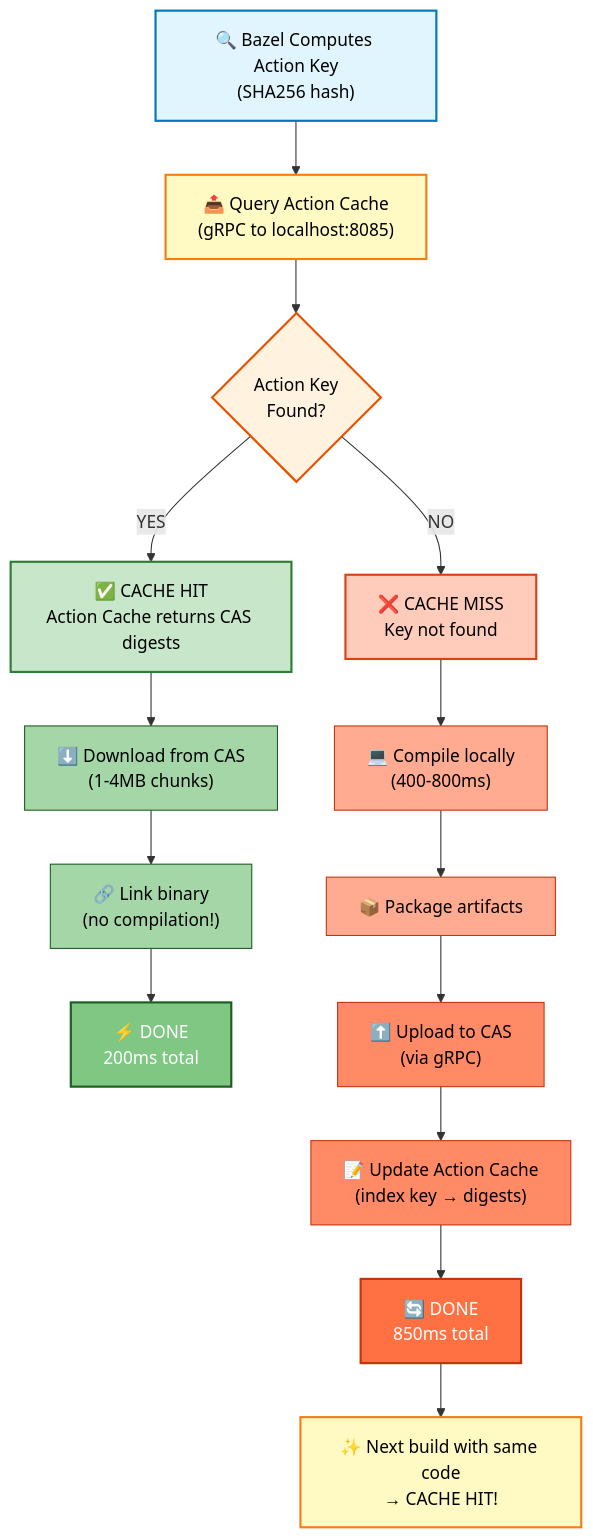
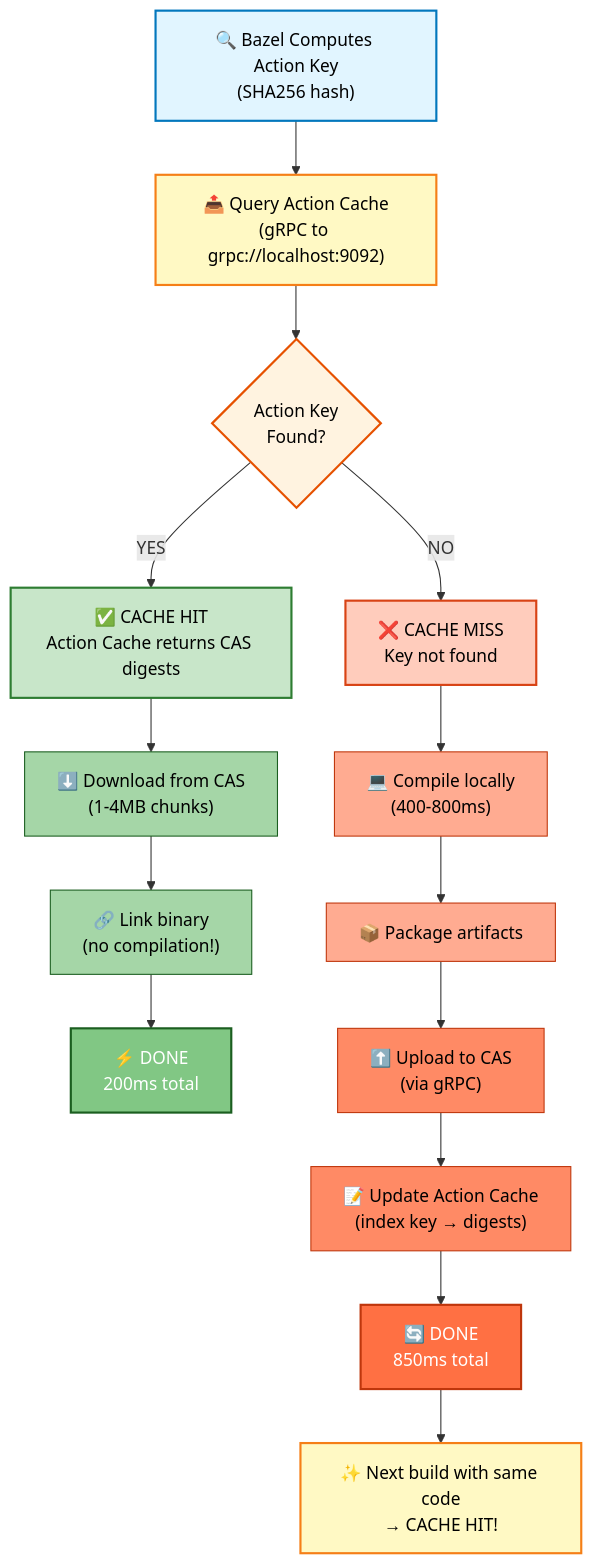
Before and after one commit to iakshayubale/bazel-infra-lab: the second of 2 diagrams in README.md, drawn with Mermaid. The commit also changed other lines of this file and 4 other files, not shown here.

````diff
--- a/README.md
+++ b/README.md
@@ -406,40 +406,40 @@
 ```mermaid
 graph TD
     Start["🔍 Bazel Computes Action Key<br/>(SHA256 hash)"]
     
-    Start --> Query["📤 Query Action Cache<br/>(gRPC to localhost:8085)"]
+    Start --> Query["📤 Query Action Cache<br/>(gRPC to grpc://localhost:9092)"]
     
     Query --> Decision{"Action Key<br/>Found?"}
     
     %% CACHE HIT PATH
     Decision -->|YES| Hit1["✅ CACHE HIT<br/>Action Cache returns CAS digests"]
     Hit1 --> Hit2["⬇️ Download from CAS<br/>(1-4MB chunks)"]
     Hit2 --> Hit3["🔗 Link binary<br/>(no compilation!)"]
     Hit3 --> Hit4["⚡ DONE<br/>200ms total"]
     
     %% CACHE MISS PATH
     Decision -->|NO| Miss1["❌ CACHE MISS<br/>Key not found"]
     Miss1 --> Miss2["💻 Compile locally<br/>(400-800ms)"]
     Miss2 --> Miss3["📦 Package artifacts"]
     Miss3 --> Miss4["⬆️ Upload to CAS<br/>(via gRPC)"]
     Miss4 --> Miss5["📝 Update Action Cache<br/>(index key → digests)"]
     Miss5 --> Miss6["🔄 DONE<br/>850ms total"]
     Miss6 --> NextBuild["✨ Next build with same code<br/>→ CACHE HIT!"]
     
     style Start fill:#e1f5ff,stroke:#0277bd,stroke-width:2px,color:#000
     style Query fill:#fff9c4,stroke:#f57f17,stroke-width:2px,color:#000
     style Decision fill:#fff3e0,stroke:#e65100,stroke-width:2px,color:#000
     
     style Hit1 fill:#c8e6c9,stroke:#2e7d32,stroke-width:2px,color:#000
     style Hit2 fill:#a5d6a7,stroke:#1b5e20,stroke-width:1px,color:#000
     style Hit3 fill:#a5d6a7,stroke:#1b5e20,stroke-width:1px,color:#000
     style Hit4 fill:#81c784,stroke:#1b5e20,stroke-width:2px,color:#fff
     
     style Miss1 fill:#ffccbc,stroke:#d84315,stroke-width:2px,color:#000
     style Miss2 fill:#ffab91,stroke:#bf360c,stroke-width:1px,color:#000
     style Miss3 fill:#ffab91,stroke:#bf360c,stroke-width:1px,color:#000
     style Miss4 fill:#ff8a65,stroke:#bf360c,stroke-width:1px,color:#000
     style Miss5 fill:#ff8a65,stroke:#bf360c,stroke-width:1px,color:#000
     style Miss6 fill:#ff7043,stroke:#bf360c,stroke-width:2px,color:#fff
     style NextBuild fill:#fff9c4,stroke:#f57f17,stroke-width:2px,color:#000
 ```
````
